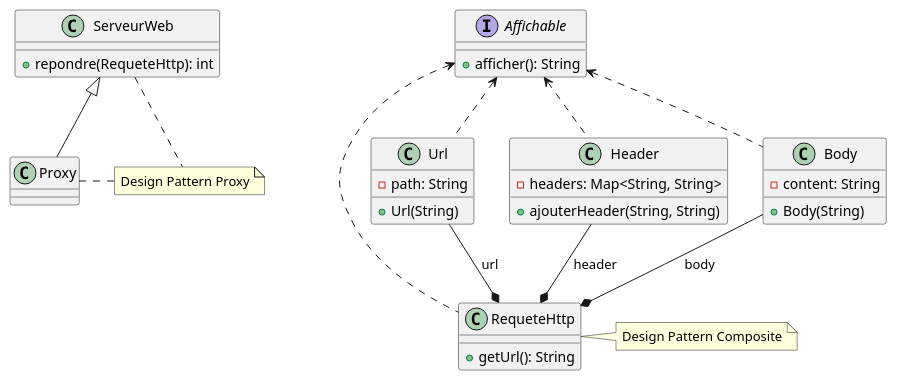
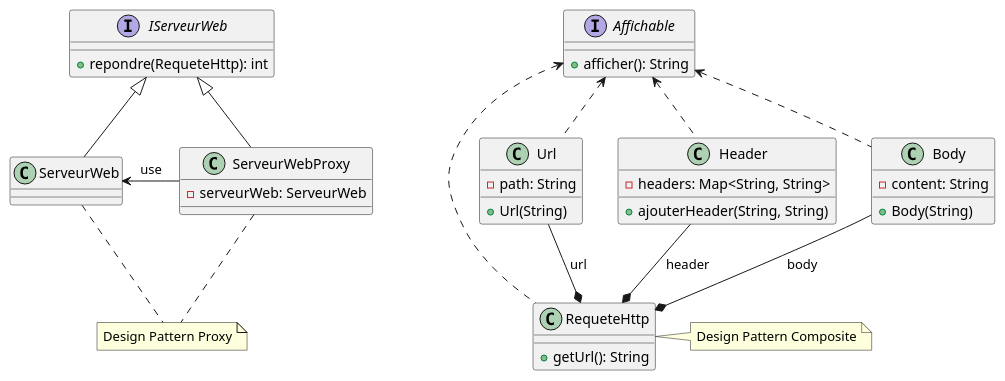
The diagram in src/uml/DM2UML.puml (jandry/correctiondm2), drawn with PlantUML before and after one commit. The commit also changed 5 other files, not shown here.

```diff
--- a/src/uml/DM2UML.puml
+++ b/src/uml/DM2UML.puml
@@ -1,47 +1,53 @@
 @startuml ServeurWeb
 
-class ServeurWeb {
+interface IServeurWeb {
      + repondre(RequeteHttp): int
 }
 
-class Proxy
+class ServeurWeb 
+
+class ServeurWebProxy {
+     - serveurWeb: ServeurWeb
+}
 
 class RequeteHttp {
      + getUrl(): String
 }
 note right: Design Pattern Composite
 
 interface Affichable {
      + afficher(): String
 }
 
 class Url {
      - path: String
      + Url(String)
 }
 
 class Header {
      - headers: Map<String, String>
      + ajouterHeader(String, String)
 }
 
 class Body {
      - content: String
      + Body(String)
 }
 
 RequeteHttp .up.> Affichable
 Url .up.> Affichable
 Header .up.> Affichable
 Body .up.> Affichable
 
 Url -down-* RequeteHttp: url
 Header -down-* RequeteHttp: header
 Body -down-* RequeteHttp: body
-
-Proxy -up-|> ServeurWeb
+ 
+ServeurWeb <-right- ServeurWebProxy : use
+ServeurWeb -up-|> IServeurWeb
+ServeurWebProxy -up-|> IServeurWeb
 note "Design Pattern Proxy" as NoteProxy
-Proxy .right. NoteProxy
-ServeurWeb .right. NoteProxy
+ServeurWebProxy .down. NoteProxy
+ServeurWeb .down. NoteProxy
 
 @enduml
```
